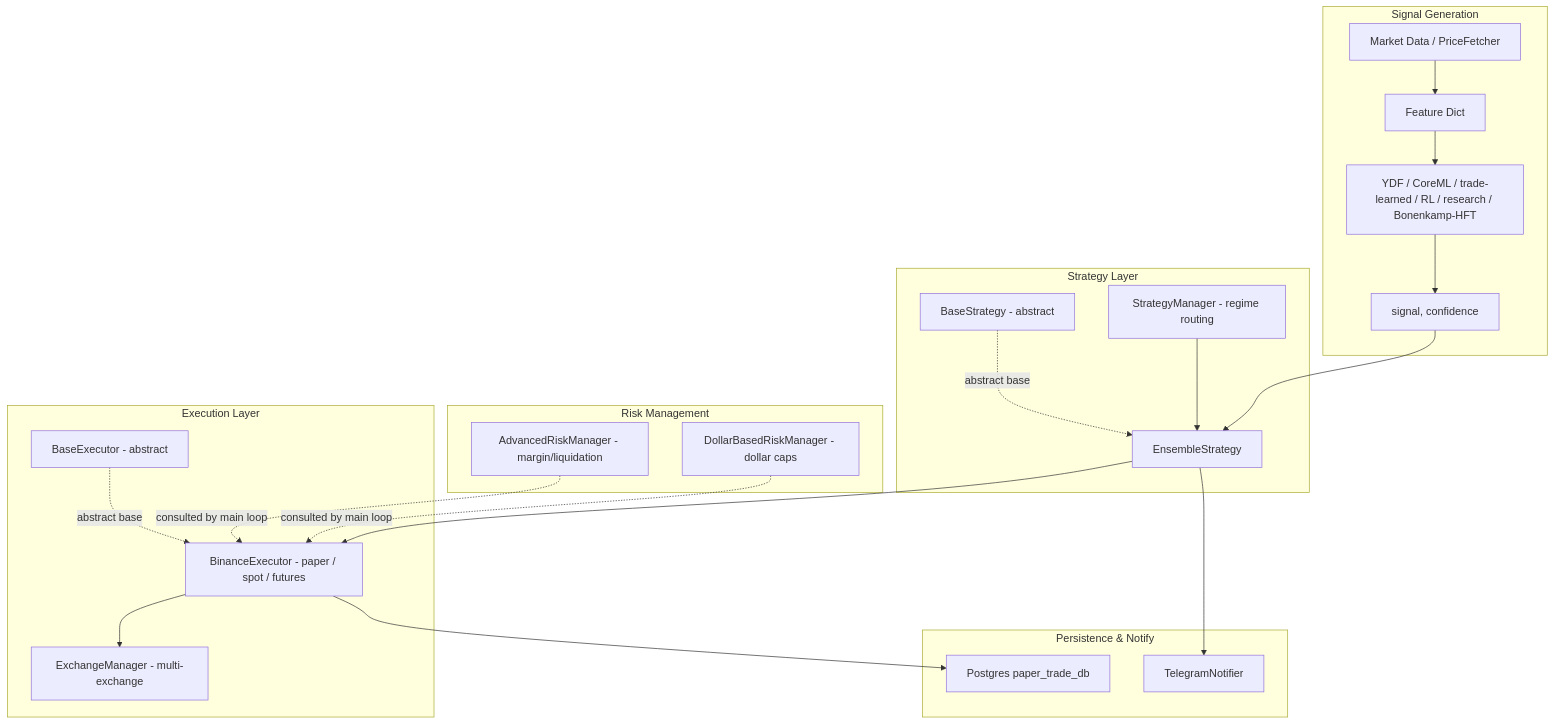
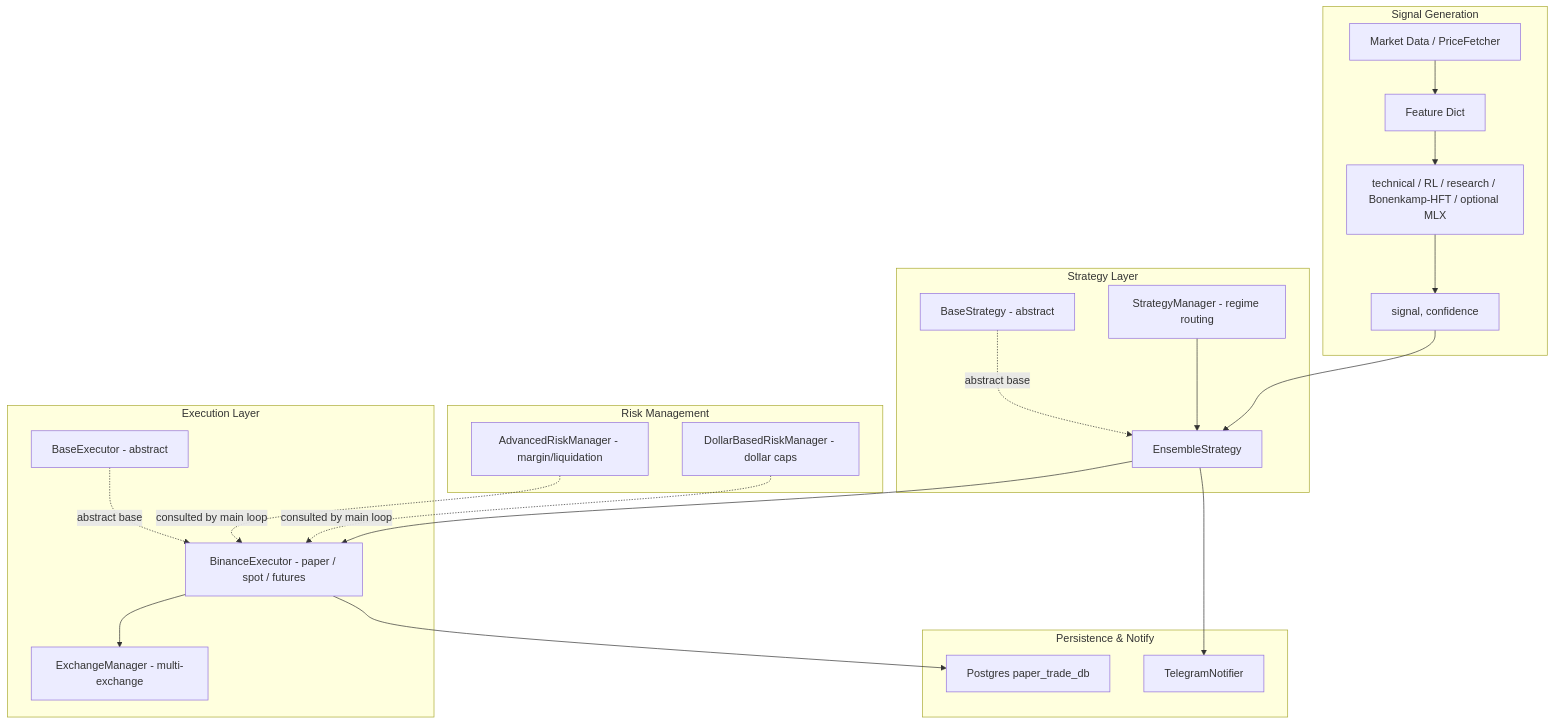
The first of 9 diagrams in docs/trading_system.md (cluster2600/ELVIS), drawn with Mermaid before and after one commit. The commit also changed other lines of this file and 180 other files, not shown here.

First line of the commit message:
Codex/elvis architecture migration (#51)

````diff
--- a/docs/trading_system.md
+++ b/docs/trading_system.md
@@ -28,48 +28,48 @@
 ```mermaid
 graph TB
     subgraph "Signal Generation"
         DataFeed[Market Data / PriceFetcher]
         Features[Feature Dict]
-        Models[YDF / CoreML / trade-learned / RL / research / Bonenkamp-HFT]
+        Models[technical / RL / research / Bonenkamp-HFT / optional MLX]
         Signal[signal, confidence]
     end
 
     subgraph "Strategy Layer"
         BaseStrategy[BaseStrategy - abstract]
         EnsembleStrategy[EnsembleStrategy]
         StrategyManager[StrategyManager - regime routing]
     end
 
     subgraph "Risk Management"
         AdvancedRM[AdvancedRiskManager - margin/liquidation]
         DollarRM[DollarBasedRiskManager - dollar caps]
     end
 
     subgraph "Execution Layer"
         BaseExecutor[BaseExecutor - abstract]
         BinanceExecutor[BinanceExecutor - paper / spot / futures]
         ExchangeManager[ExchangeManager - multi-exchange]
     end
 
     subgraph "Persistence & Notify"
         PaperDB[Postgres paper_trade_db]
         Telegram[TelegramNotifier]
     end
 
     DataFeed --> Features
     Features --> Models
     Models --> Signal
 
     Signal --> EnsembleStrategy
     BaseStrategy -.abstract base.-> EnsembleStrategy
     StrategyManager --> EnsembleStrategy
 
     EnsembleStrategy --> BinanceExecutor
     BinanceExecutor --> ExchangeManager
     BaseExecutor -.abstract base.-> BinanceExecutor
     BinanceExecutor --> PaperDB
 
     AdvancedRM -.consulted by main loop.-> BinanceExecutor
     DollarRM -.consulted by main loop.-> BinanceExecutor
     EnsembleStrategy --> Telegram
 ```
````
